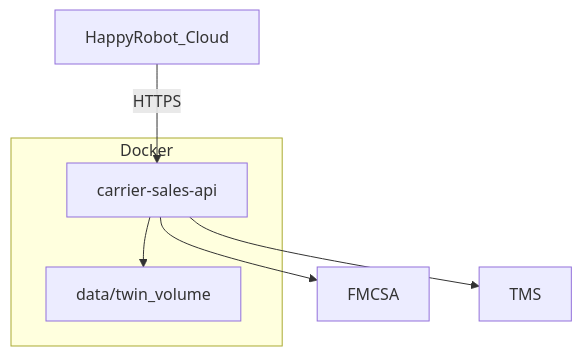
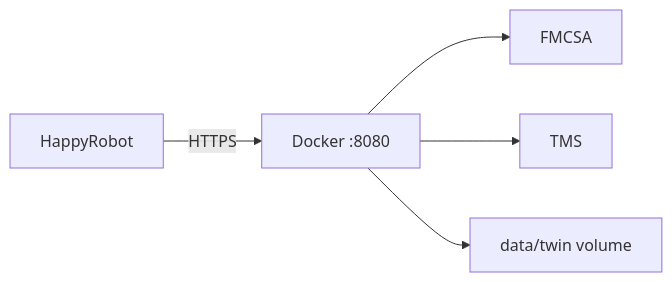
One commit to esxph/happyrobots_logistics changed the diagram in Architecture/ARCHITECTURE.md. Above: the diagram before and after it, drawn with Mermaid. The commit also changed other lines of this file and 17 other files, not shown here.

First line of the commit message:
Add HappyRobot Twin dual-write and consolidate project docs.

````diff
--- a/Architecture/ARCHITECTURE.md
+++ b/Architecture/ARCHITECTURE.md
@@ -240,12 +53,7 @@
 ```mermaid
-flowchart TB
-    subgraph docker [Docker]
-        Container[carrier-sales-api]
-        Vol[data/twin_volume]
-    end
-
-    HR[HappyRobot_Cloud] -->|HTTPS| Container
-    Container --> Vol
-    Container --> FMCSA
-    Container --> TMS
+flowchart LR
+    HR[HappyRobot] -->|HTTPS| API[Docker :8080]
+    API --> FMCSA
+    API --> TMS
+    API --> Vol[data/twin volume]
 ```
````
